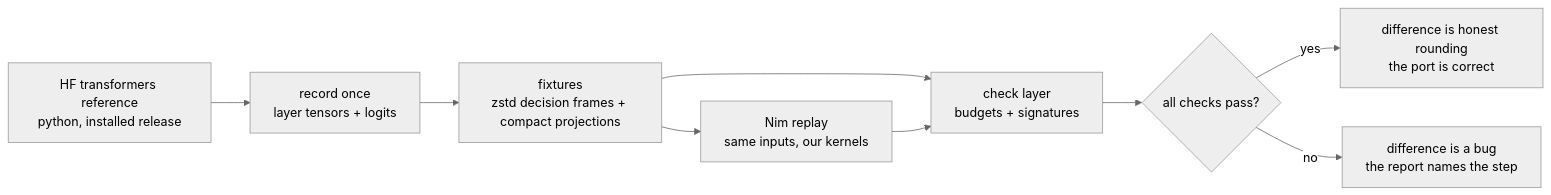
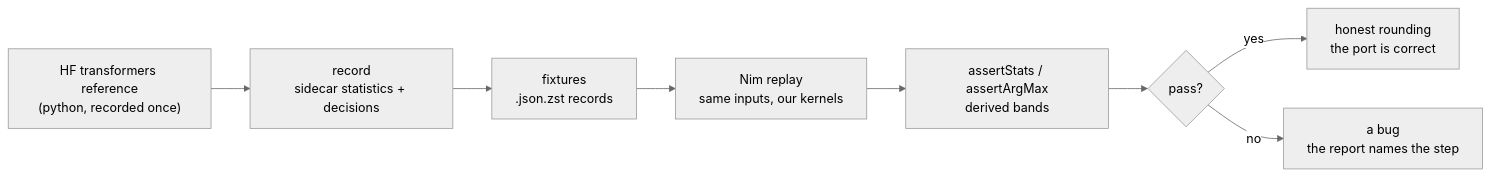
One commit to mratsim/tattletale changed the diagram in workspace/transformers/tests/README.md. Above: the diagram before and after it, drawn with Mermaid (neutral theme). The commit also changed other lines of this file and 418 other files, not shown here.

````diff
--- a/workspace/transformers/tests/README.md
+++ b/workspace/transformers/tests/README.md
@@ -30,11 +27,10 @@
 ```mermaid
 flowchart LR
-    A["HF transformers reference<br/>python, installed release"] --> B["record once<br/>layer tensors + logits"]
-    B --> C["fixtures<br/>zstd decision frames + compact projections"]
+    A["HF transformers reference<br/>(python, recorded once)"] --> B["record<br/>sidecar statistics + decisions"]
+    B --> C["fixtures<br/>.json.zst records"]
     C --> D["Nim replay<br/>same inputs, our kernels"]
-    C --> E["check layer<br/>budgets + signatures"]
-    D --> E
-    E --> F{"all checks pass?"}
-    F -->|yes| G["difference is honest rounding<br/>the port is correct"]
-    F -->|no| H["difference is a bug<br/>the report names the step"]
+    D --> E["assertStats / assertArgMax<br/>derived bands"]
+    E --> F{"pass?"}
+    F -->|yes| G["honest rounding<br/>the port is correct"]
+    F -->|no| H["a bug<br/>the report names the step"]
 ```
````
